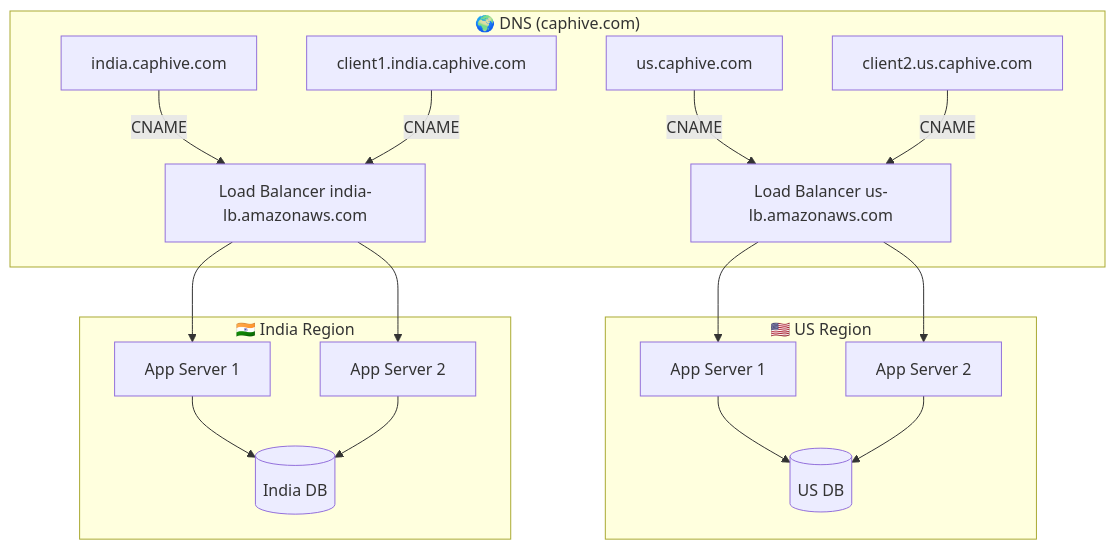
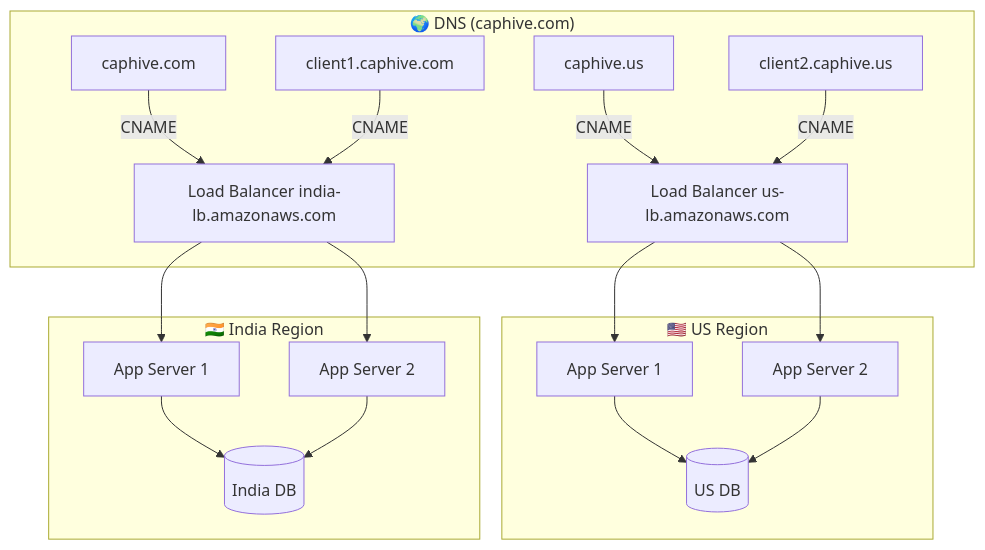
One commit to sampadadiwan/IRM_CompanyMain changed the second of 2 diagrams in app/packs/core/users/services/cross_instance_login.md. Above: the diagram before and after it, drawn with Mermaid. The commit also changed other lines of this file and 1 other file, not shown here.

````diff
--- a/app/packs/core/users/services/cross_instance_login.md
+++ b/app/packs/core/users/services/cross_instance_login.md
@@ -370,33 +370,33 @@
 ```mermaid
 
 flowchart TD
     subgraph DNS["🌍 DNS (caphive.com)"]
-        A1[us.caphive.com] -->|CNAME| LB_US
-        A2[india.caphive.com] -->|CNAME| LB_IN
-        C1[client1.india.caphive.com] -->|CNAME| LB_IN
-        C2[client2.us.caphive.com] -->|CNAME| LB_US
+        A1[caphive.us] -->|CNAME| LB_US
+        A2[caphive.com] -->|CNAME| LB_IN
+        C1[client1.caphive.com] -->|CNAME| LB_IN
+        C2[client2.caphive.us] -->|CNAME| LB_US
     end
 
     subgraph US_Region["🇺🇸 US Region"]
         LB_US[Load Balancer us-lb.amazonaws.com]
         APP_US1[App Server 1]
         APP_US2[App Server 2]
         DB_US[(US DB)]
         LB_US --> APP_US1
         LB_US --> APP_US2
         APP_US1 --> DB_US
         APP_US2 --> DB_US
     end
 
     subgraph India_Region["🇮🇳 India Region"]
         LB_IN[Load Balancer india-lb.amazonaws.com]
         APP_IN1[App Server 1]
         APP_IN2[App Server 2]
         DB_IN[(India DB)]
         LB_IN --> APP_IN1
         LB_IN --> APP_IN2
         APP_IN1 --> DB_IN
         APP_IN2 --> DB_IN
     end
 
 ```
````
